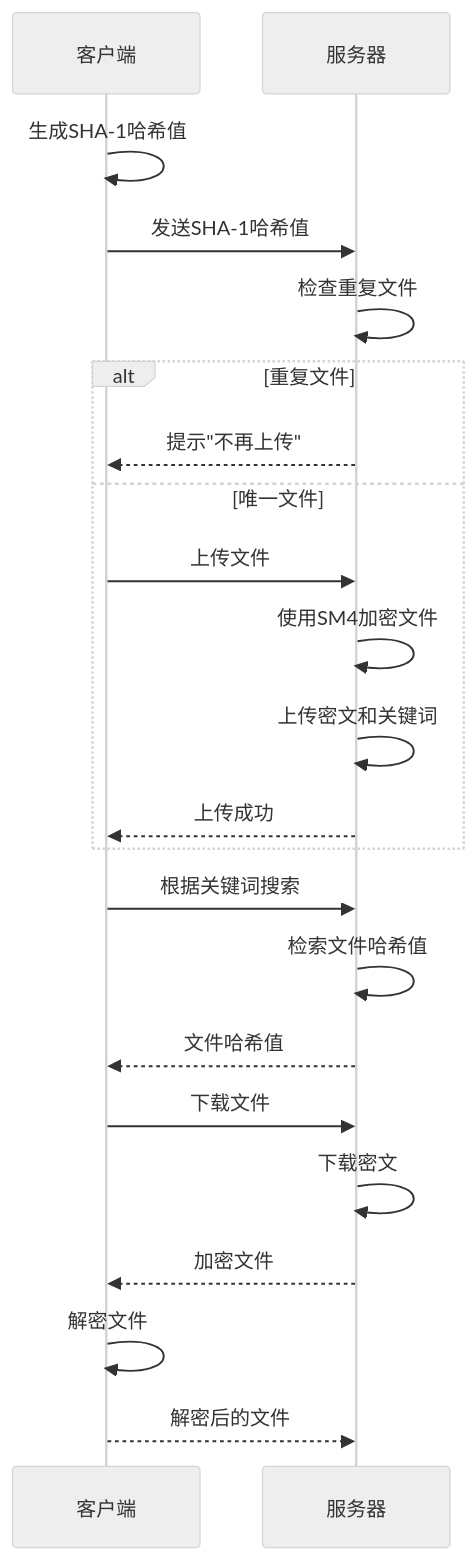
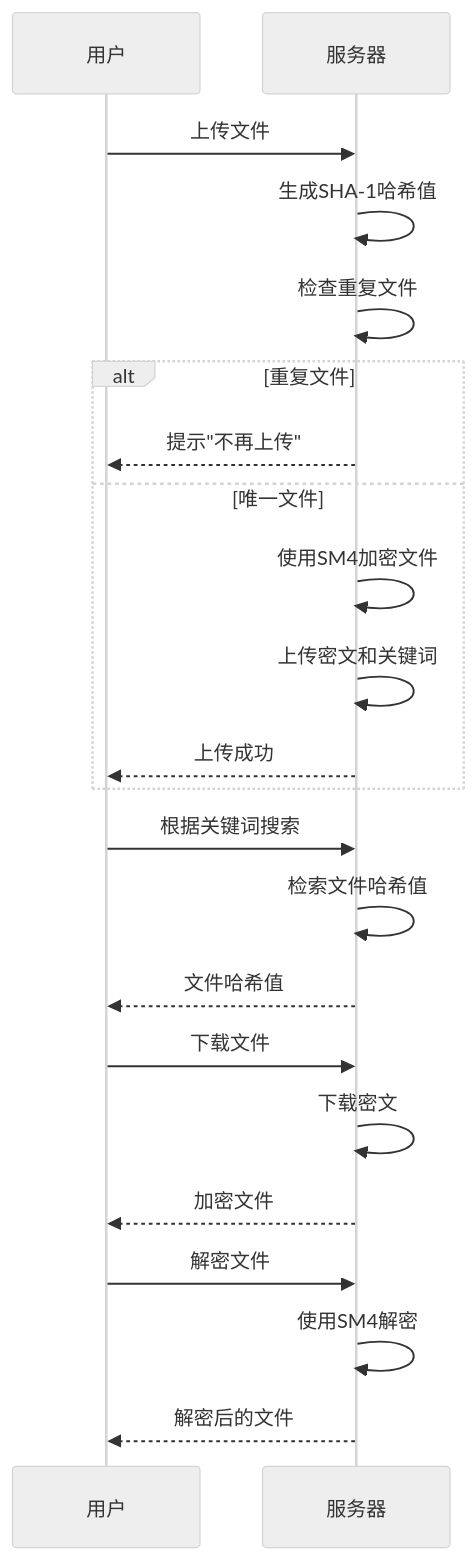
The diagram in README.md (hetaorens/EFRS), drawn with Mermaid (neutral theme) before and after one commit. The commit also changed other lines of this file, not shown here.

Commit message:
ch readme

````diff
--- a/README.md
+++ b/README.md
@@ -15,26 +15,26 @@
 ```mermaid
-	sequenceDiagram
-    participant 客户端
+sequenceDiagram
+    participant 用户
     participant 服务器
 
-    客户端->>客户端: 生成SHA-1哈希值
-    客户端->>服务器: 发送SHA-1哈希值
+    用户->>服务器: 上传文件
+    服务器->>服务器: 生成SHA-1哈希值
     服务器->>服务器: 检查重复文件
     alt 重复文件
-        服务器-->>客户端: 提示"不再上传"
+        服务器-->>用户: 提示"不再上传"
     else 唯一文件
-        客户端->>服务器: 上传文件
         服务器->>服务器: 使用SM4加密文件
         服务器->>服务器: 上传密文和关键词
-        服务器-->>客户端: 上传成功
+        服务器-->>用户: 上传成功
     end
-    客户端->>服务器: 根据关键词搜索
+    用户->>服务器: 根据关键词搜索
     服务器->>服务器: 检索文件哈希值
-    服务器-->>客户端: 文件哈希值
-    客户端->>服务器: 下载文件
+    服务器-->>用户: 文件哈希值
+    用户->>服务器: 下载文件
     服务器->>服务器: 下载密文
-    服务器-->>客户端: 加密文件
-    客户端->>客户端: 解密文件
-    客户端-->>服务器: 解密后的文件
+    服务器-->>用户: 加密文件
+    用户->>服务器: 解密文件
+    服务器->>服务器: 使用SM4解密
+    服务器-->>用户: 解密后的文件
 
 ```
````
